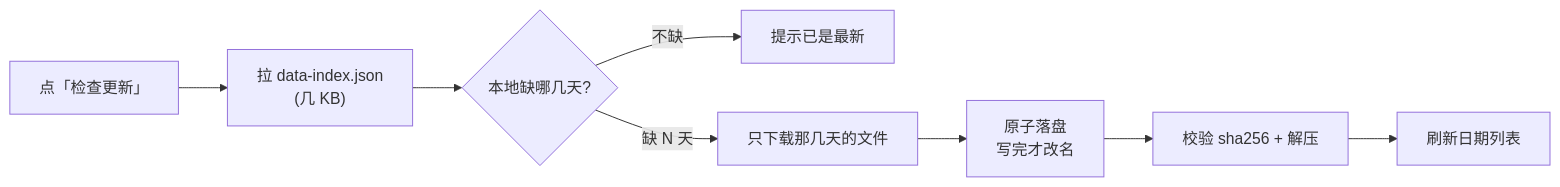
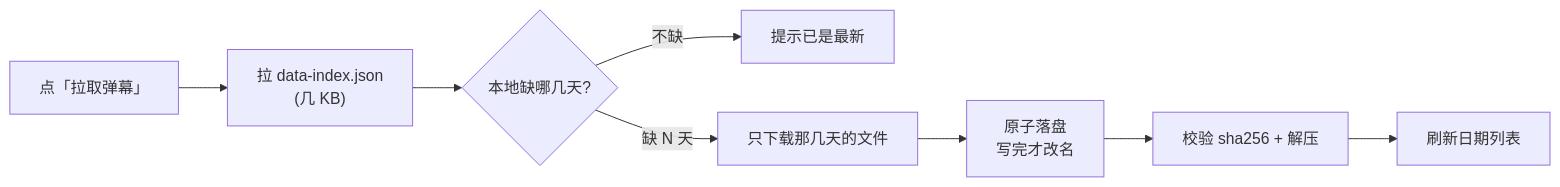
The first of 3 diagrams in DISTRIBUTION.md (root9701/danmaku-timewarp), drawn with Mermaid before and after one commit. The commit also changed other lines of this file and 10 other files, not shown here.

First line of the commit message:
refactor(界面): 「检查更新」更名为「拉取弹幕」

````diff
--- a/DISTRIBUTION.md
+++ b/DISTRIBUTION.md
@@ -83,10 +83,10 @@
 ```mermaid
 flowchart LR
-    A["点「检查更新」"] --> B["拉 data-index.json<br/>(几 KB)"]
+    A["点「拉取弹幕」"] --> B["拉 data-index.json<br/>(几 KB)"]
     B --> C{"本地缺哪几天?"}
     C -->|"不缺"| D["提示已是最新"]
     C -->|"缺 N 天"| E["只下载那几天的文件"]
     E --> F["原子落盘<br/>写完才改名"]
     F --> G["校验 sha256 + 解压"]
     G --> H["刷新日期列表"]
 ```
````
